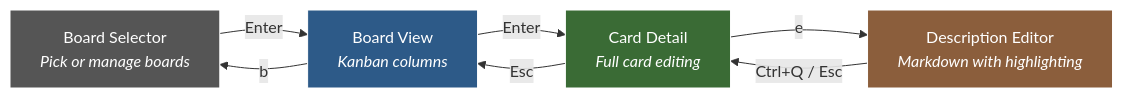
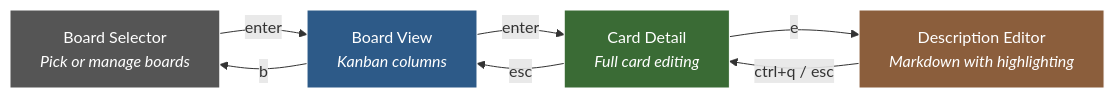
The second of 6 diagrams in docs/user-guide.md (waschmittel/tct), drawn with Mermaid before and after one commit. The commit also changed other lines of this file and 29 other files, not shown here.

````diff
--- a/docs/user-guide.md
+++ b/docs/user-guide.md
@@ -102,19 +102,19 @@
 ```mermaid
 flowchart LR
     BS["Board Selector<br><i>Pick or manage boards</i>"]
     BV["Board View<br><i>Kanban columns</i>"]
     CD["Card Detail<br><i>Full card editing</i>"]
     DE["Description Editor<br><i>Markdown with highlighting</i>"]
 
-    BS -->|Enter| BV
-    BV -->|Enter| CD
+    BS -->|enter| BV
+    BV -->|enter| CD
     CD -->|e| DE
-    DE -->|Ctrl+Q / Esc| CD
-    CD -->|Esc| BV
+    DE -->|ctrl+q / esc| CD
+    CD -->|esc| BV
     BV -->|b| BS
 
     style BS fill:#555,stroke:#fff,color:#fff
     style BV fill:#2d5a88,stroke:#fff,color:#fff
     style CD fill:#3a6b35,stroke:#fff,color:#fff
     style DE fill:#8b5e3c,stroke:#fff,color:#fff
 ```
````
